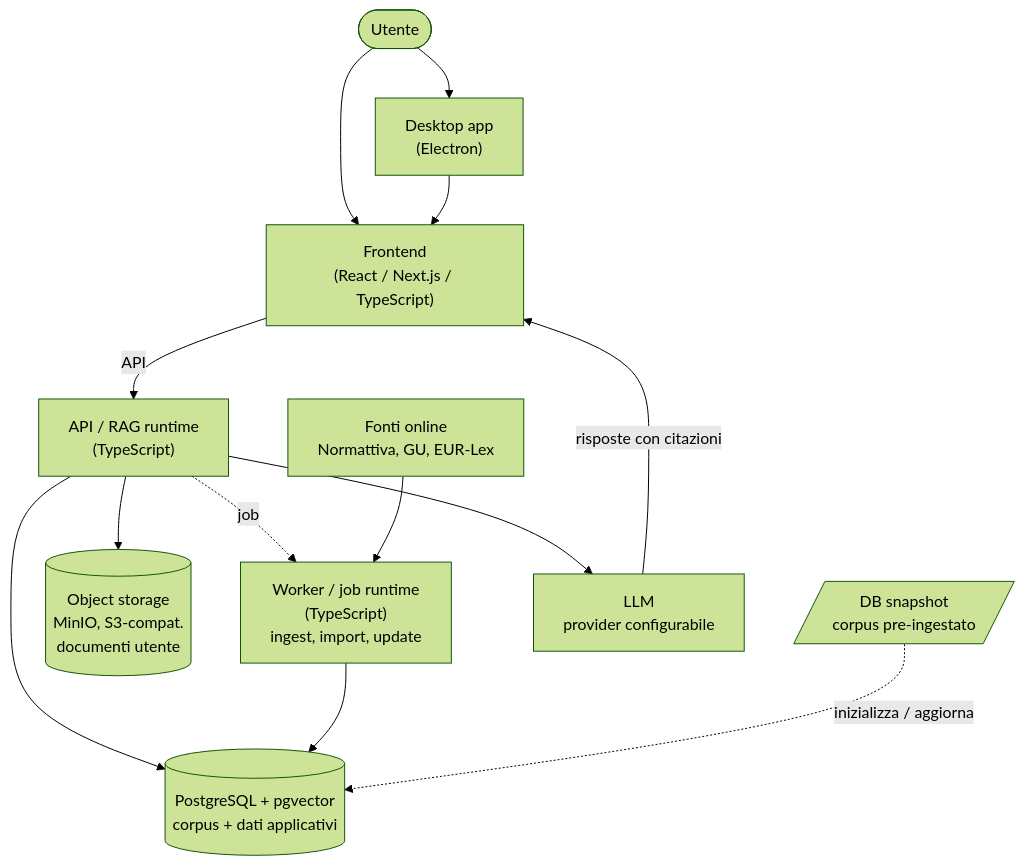
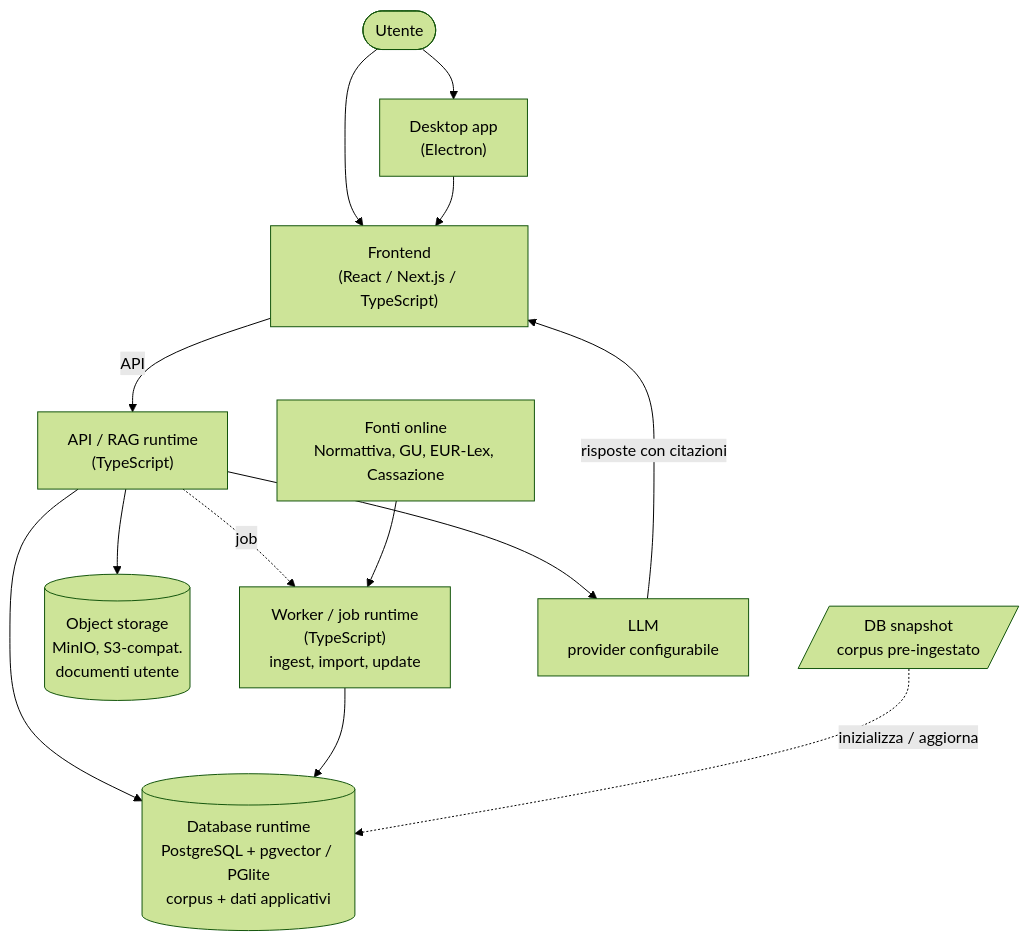
One commit to mikeminer/magistra changed the diagram in knowledge/architettura/index.md. Above: the diagram before and after it, drawn with Mermaid (forest theme). The commit also changed 24 other files, not shown here.

````diff
--- a/knowledge/architettura/index.md
+++ b/knowledge/architettura/index.md
@@ -15,26 +15,26 @@
 ```mermaid
 flowchart TD
     Utente(["Utente"])
     Desktop["Desktop app<br/>(Electron)"]
     FE["Frontend<br/>(React / Next.js / TypeScript)"]
     BE["API / RAG runtime<br/>(TypeScript)"]
     Worker["Worker / job runtime<br/>(TypeScript)<br/>ingest, import, update"]
-    VDB[("PostgreSQL + pgvector<br/>corpus + dati applicativi")]
+    DB[("Database runtime<br/>PostgreSQL + pgvector / PGlite<br/>corpus + dati applicativi")]
     OS[("Object storage<br/>MinIO, S3-compat.<br/>documenti utente")]
     Snapshot[/"DB snapshot<br/>corpus pre-ingestato"/]
-    Fonti["Fonti online<br/>Normattiva, GU, EUR-Lex"]
+    Fonti["Fonti online<br/>Normattiva, GU, EUR-Lex, Cassazione"]
     LLM["LLM<br/>provider configurabile"]
 
     Utente --> Desktop
     Utente --> FE
     Desktop --> FE
     FE -->|API| BE
-    BE --> VDB
+    BE --> DB
     BE --> OS
     BE -. job .-> Worker
-    Worker --> VDB
+    Worker --> DB
     Fonti --> Worker
-    Snapshot -. inizializza / aggiorna .-> VDB
+    Snapshot -. inizializza / aggiorna .-> DB
     BE --> LLM
     LLM -->|risposte con citazioni| FE
 ```
````
